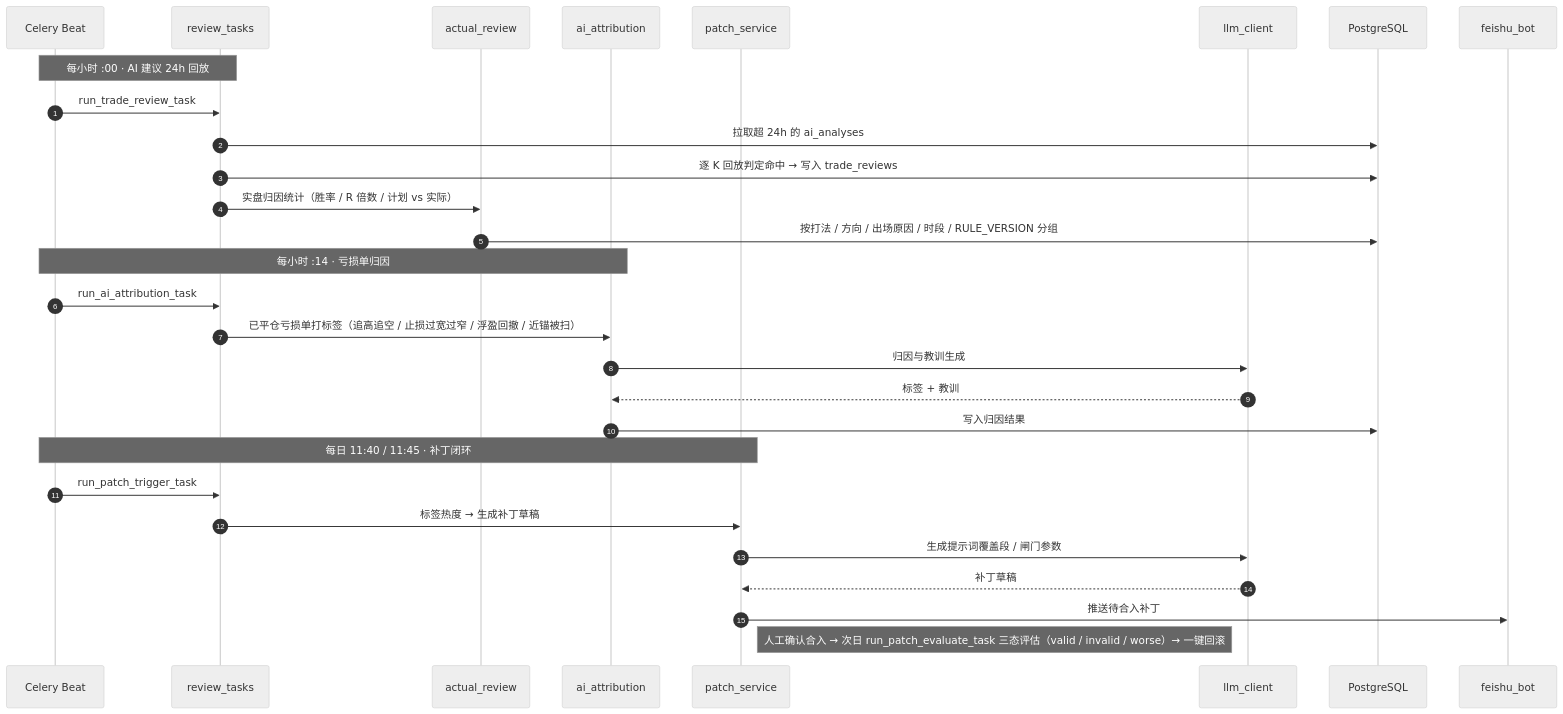
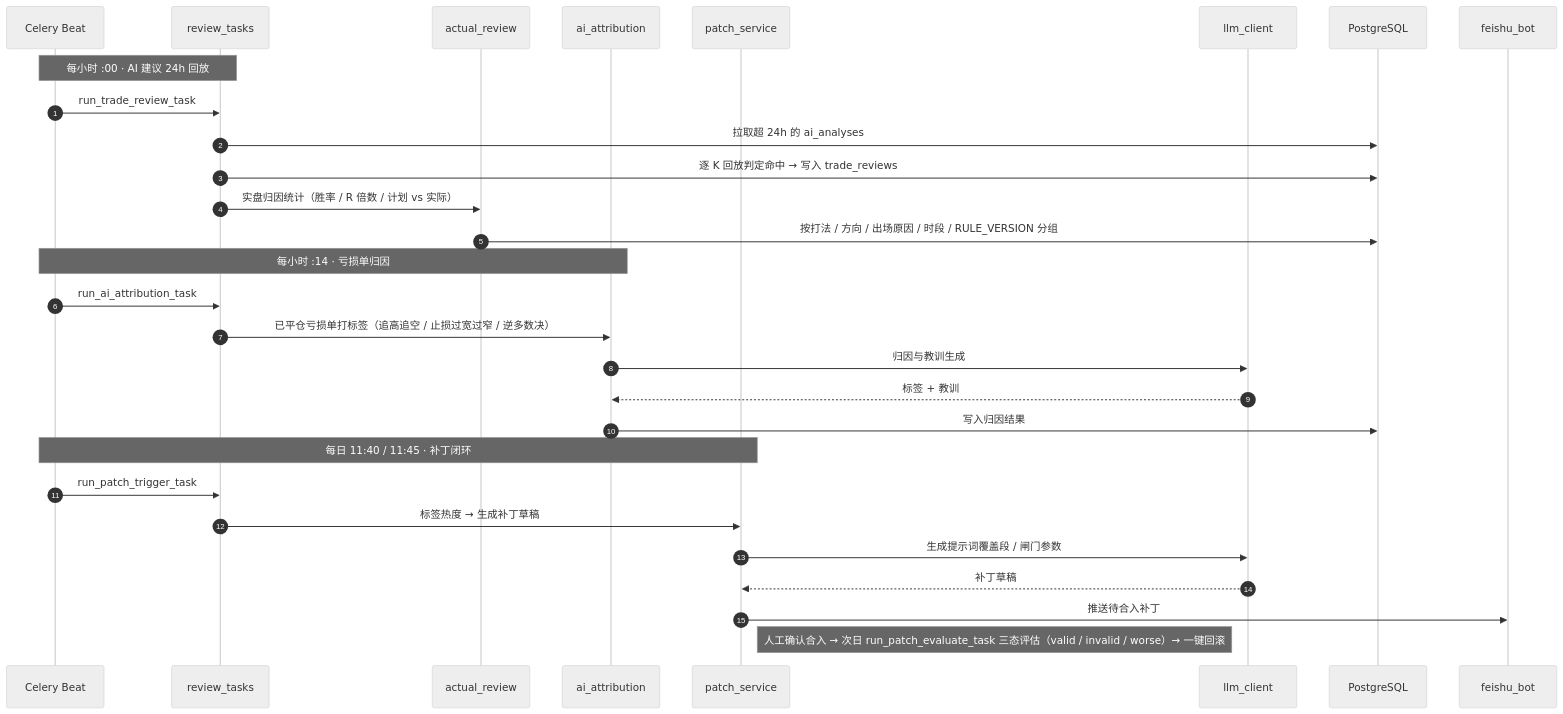
Before and after one commit to wwei-github/trading-workbench: the ninth of 13 diagrams in frontend/src/assets/CODE_WIKI.md, drawn with Mermaid (neutral theme). The commit also changed other lines of this file, not shown here.

````diff
--- a/frontend/src/assets/CODE_WIKI.md
+++ b/frontend/src/assets/CODE_WIKI.md
@@ -816,34 +818,34 @@
 ```mermaid
 sequenceDiagram
     autonumber
     participant Beat as Celery Beat
     participant RT as review_tasks
     participant AR as actual_review
     participant AA as ai_attribution
     participant PS as patch_service
     participant LLM as llm_client
     participant DB as PostgreSQL
     participant FS as feishu_bot
 
     Note over Beat,RT: 每小时 :00 · AI 建议 24h 回放
     Beat->>RT: run_trade_review_task
     RT->>DB: 拉取超 24h 的 ai_analyses
     RT->>DB: 逐 K 回放判定命中 → 写入 trade_reviews
     RT->>AR: 实盘归因统计（胜率 / R 倍数 / 计划 vs 实际）
     AR->>DB: 按打法 / 方向 / 出场原因 / 时段 / RULE_VERSION 分组
 
     Note over Beat,AA: 每小时 :14 · 亏损单归因
     Beat->>RT: run_ai_attribution_task
-    RT->>AA: 已平仓亏损单打标签（追高追空 / 止损过宽过窄 / 浮盈回撤 / 近锚被扫）
+    RT->>AA: 已平仓亏损单打标签（追高追空 / 止损过宽过窄 / 逆多数决）
     AA->>LLM: 归因与教训生成
     LLM-->>AA: 标签 + 教训
     AA->>DB: 写入归因结果
 
     Note over Beat,PS: 每日 11:40 / 11:45 · 补丁闭环
     Beat->>RT: run_patch_trigger_task
     RT->>PS: 标签热度 → 生成补丁草稿
     PS->>LLM: 生成提示词覆盖段 / 闸门参数
     LLM-->>PS: 补丁草稿
     PS->>FS: 推送待合入补丁
     Note right of PS: 人工确认合入 → 次日 run_patch_evaluate_task 三态评估（valid / invalid / worse）→ 一键回滚
 ```
````
